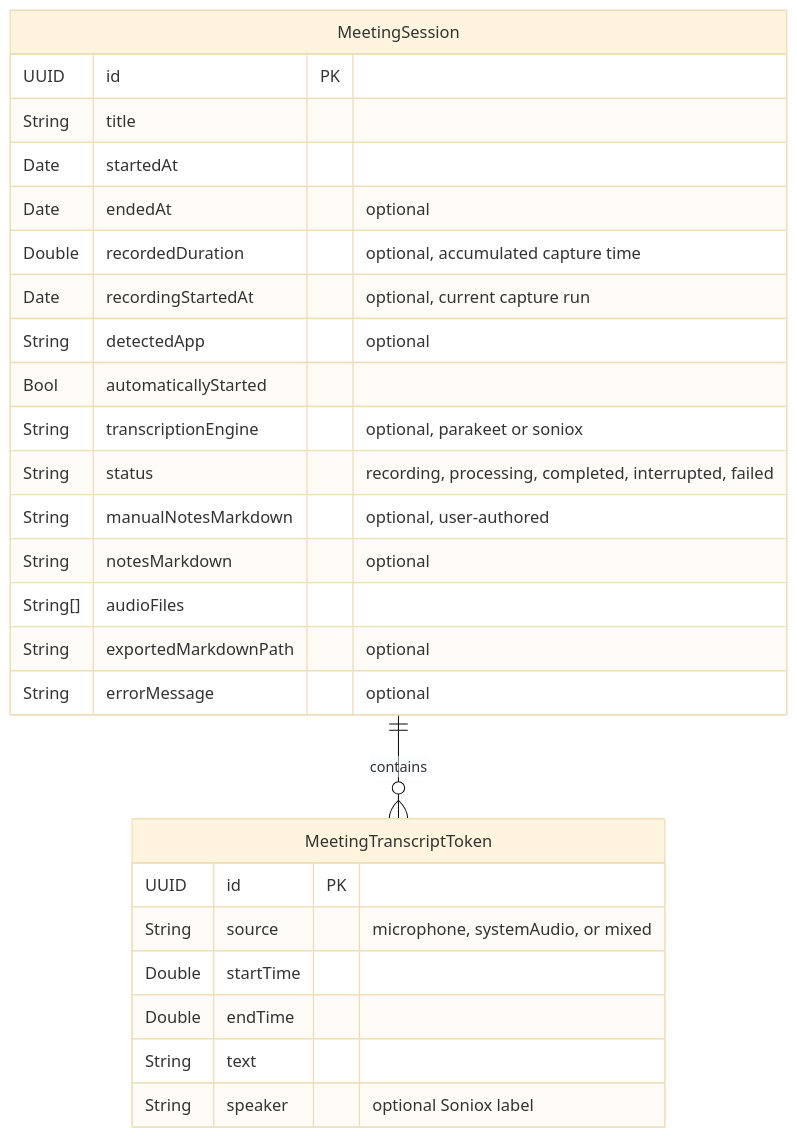
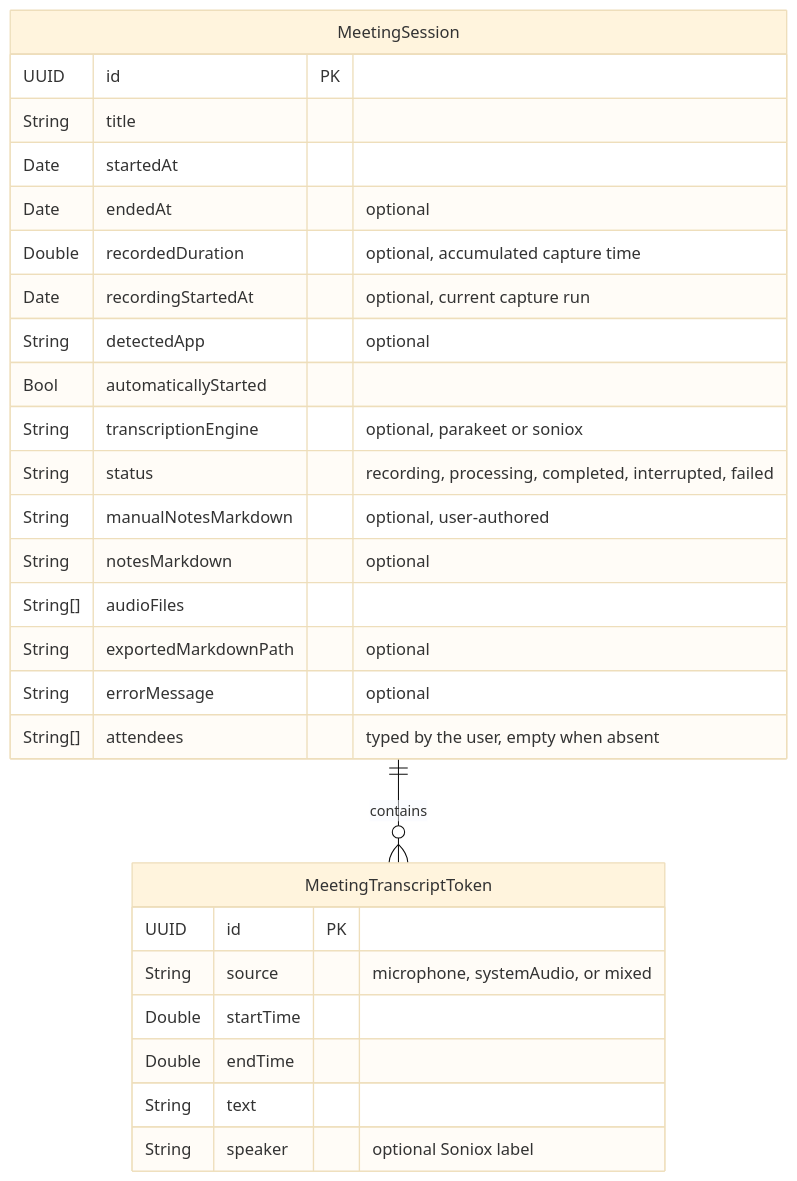
Before and after one commit to dkapo88/WonderWhisper-macOS: the fourth of 14 diagrams in datamodel.md, drawn with Mermaid (base theme). The commit also changed other lines of this file and 30 other files, not shown here.

````diff
--- a/datamodel.md
+++ b/datamodel.md
@@ -233,31 +233,32 @@
 ```mermaid
 erDiagram
     MeetingSession ||--o{ MeetingTranscriptToken : "contains"
 
     MeetingSession {
         UUID id PK
         String title
         Date startedAt
         Date endedAt "optional"
         Double recordedDuration "optional, accumulated capture time"
         Date recordingStartedAt "optional, current capture run"
         String detectedApp "optional"
         Bool automaticallyStarted
         String transcriptionEngine "optional, parakeet or soniox"
         String status "recording, processing, completed, interrupted, failed"
         String manualNotesMarkdown "optional, user-authored"
         String notesMarkdown "optional"
         String[] audioFiles
         String exportedMarkdownPath "optional"
         String errorMessage "optional"
+        String[] attendees "typed by the user, empty when absent"
     }
 
     MeetingTranscriptToken {
         UUID id PK
         String source "microphone, systemAudio, or mixed"
         Double startTime
         Double endTime
         String text
         String speaker "optional Soniox label"
     }
 ```
````
